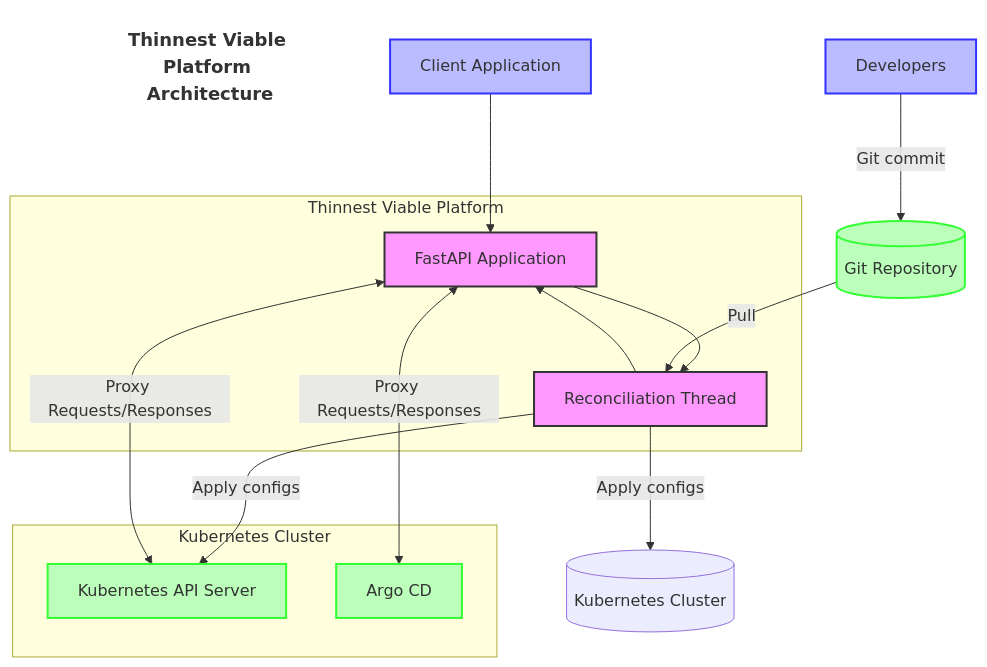
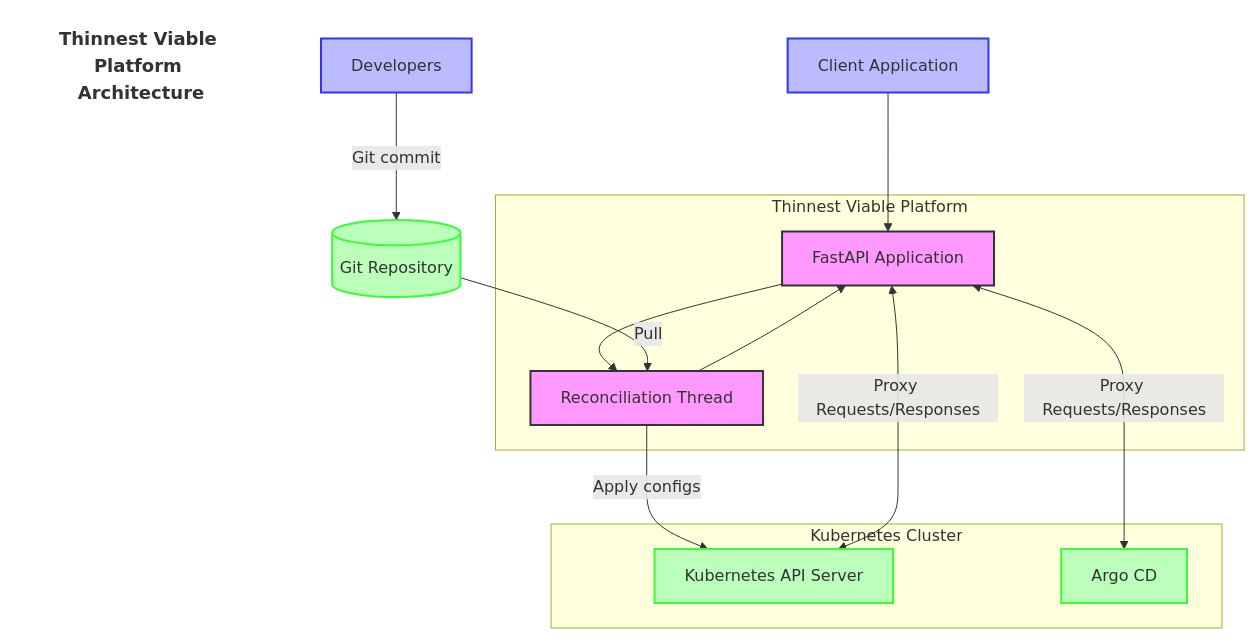
Before and after one commit to lloydchang/tvp-k8s: the seventh of 9 diagrams in README.md, drawn with Mermaid. The commit also changed other lines of this file and 3 other files, not shown here.

````diff
--- a/README.md
+++ b/README.md
@@ -520,35 +520,34 @@
 ```mermaid
 flowchart TB
     title[Thinnest Viable Platform Architecture]
     style title fill:none,stroke:none,font-size:18px,font-weight:bold
     subgraph "Thinnest Viable Platform"
         API[FastAPI Application]
         RT[Reconciliation Thread]
         
         API --> RT
         RT --> API
     end
     
     Dev[Developers] -->|Git commit| GitRepo[(Git Repository)]
     GitRepo -->|Pull| RT
     RT -->|Apply configs| KubernetesAPI
-    RT -->|Apply configs| Kubernetes[(Kubernetes Cluster)]
     
     subgraph "Kubernetes Cluster"
         KubernetesAPI[Kubernetes API Server]
         ArgoCD[Argo CD]
     end
     
     Client[Client Application] --> API
     API <-->|Proxy Requests/Responses| KubernetesAPI
     API <-->|Proxy Requests/Responses| ArgoCD
     
     classDef platform fill:#f9f,stroke:#333,stroke-width:2px
     classDef external fill:#bfb,stroke:#3f3,stroke-width:2px
     classDef user fill:#bbf,stroke:#33f,stroke-width:2px
     
     class API,RT platform
     class KubernetesAPI,ArgoCD,GitRepo external
     class Dev,Client user
 
 ```
````
